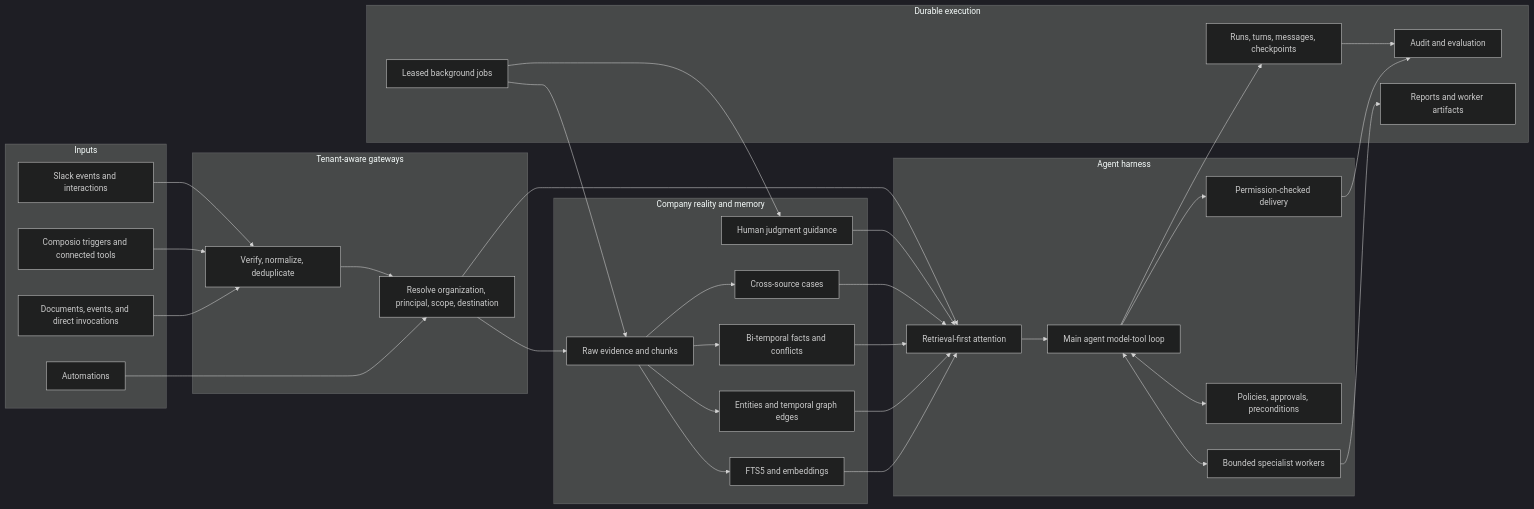
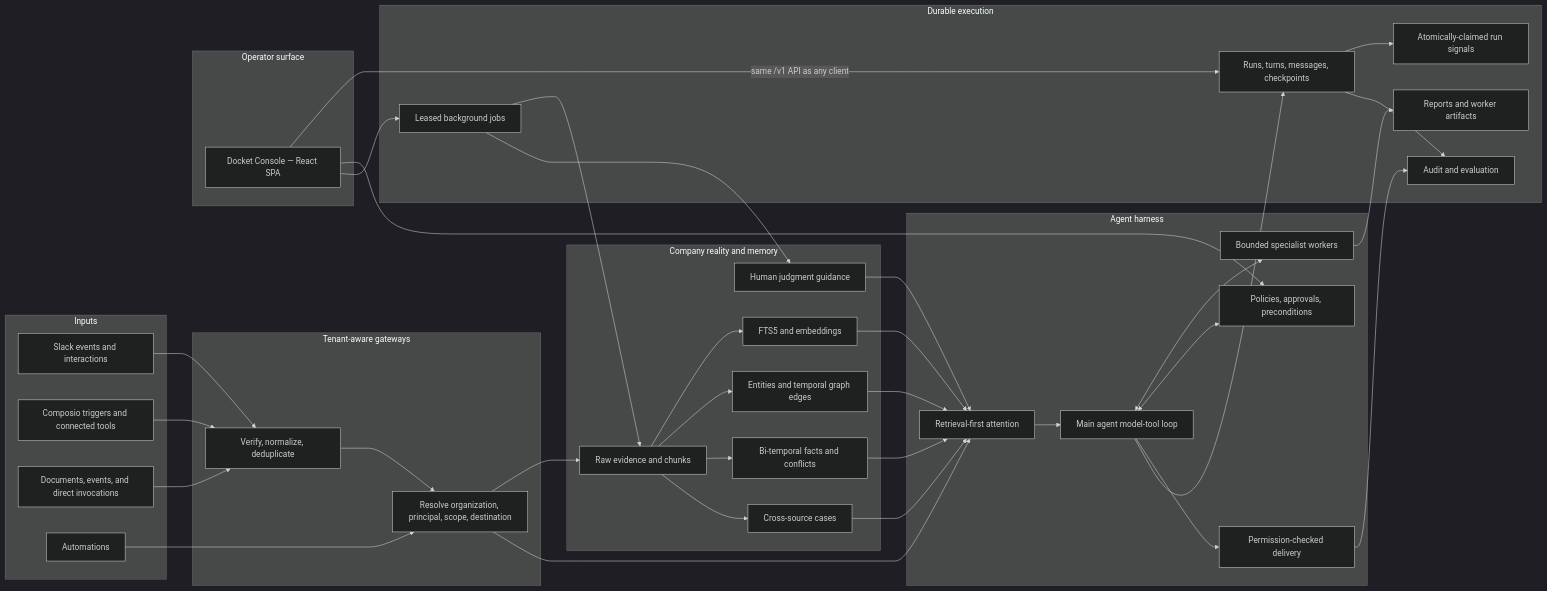
Before and after one commit to AjayK47/fellow: the diagram in README.md, drawn with Mermaid (dark theme). The commit also changed other lines of this file and 60 other files, not shown here.

````diff
--- a/README.md
+++ b/README.md
@@ -20,65 +20,75 @@
 ```mermaid
 flowchart LR
     subgraph Inputs
         Slack["Slack events and interactions"]
         Composio["Composio triggers and connected tools"]
         API["Documents, events, and direct invocations"]
         Schedule["Automations"]
     end
 
     subgraph Gateway["Tenant-aware gateways"]
         Verify["Verify, normalize, deduplicate"]
         Route["Resolve organization, principal, scope, destination"]
     end
 
     subgraph Knowledge["Company reality and memory"]
         Evidence["Raw evidence and chunks"]
         Vectors["FTS5 and embeddings"]
         Graph["Entities and temporal graph edges"]
         Facts["Bi-temporal facts and conflicts"]
         Cases["Cross-source cases"]
         Judgment["Human judgment guidance"]
     end
 
     subgraph Harness["Agent harness"]
         Attention["Retrieval-first attention"]
         Main["Main agent model-tool loop"]
         Specialists["Bounded specialist workers"]
         Policy["Policies, approvals, preconditions"]
         Delivery["Permission-checked delivery"]
     end
 
     subgraph Durable["Durable execution"]
         Runs["Runs, turns, messages, checkpoints"]
+        Signals["Atomically-claimed run signals"]
         Jobs["Leased background jobs"]
         Artifacts["Reports and worker artifacts"]
         Audit["Audit and evaluation"]
     end
+
+    subgraph Operate["Operator surface"]
+        Console["Docket Console — React SPA"]
+    end
+
+    Console -->|same /v1 API as any client| Runs
+    Console --> Policy
+    Console --> Jobs
+    Runs --> Signals
 
     Slack --> Verify
     Composio --> Verify
     API --> Verify
     Schedule --> Route
     Verify --> Route
     Route --> Evidence
     Evidence --> Vectors
     Evidence --> Graph
     Evidence --> Facts
     Evidence --> Cases
     Route --> Attention
     Vectors --> Attention
     Graph --> Attention
     Facts --> Attention
     Cases --> Attention
     Judgment --> Attention
     Attention --> Main
     Main <--> Specialists
     Main <--> Policy
     Main --> Delivery
     Main --> Runs
     Specialists --> Artifacts
     Jobs --> Evidence
     Jobs --> Judgment
     Runs --> Audit
     Delivery --> Audit
 ```
````
